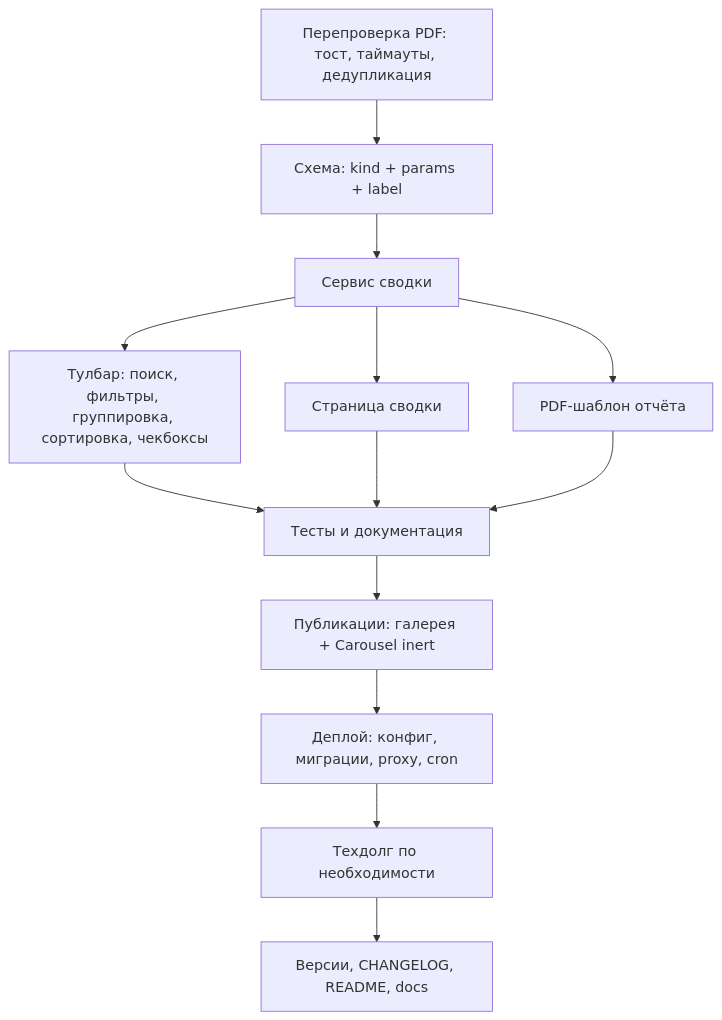
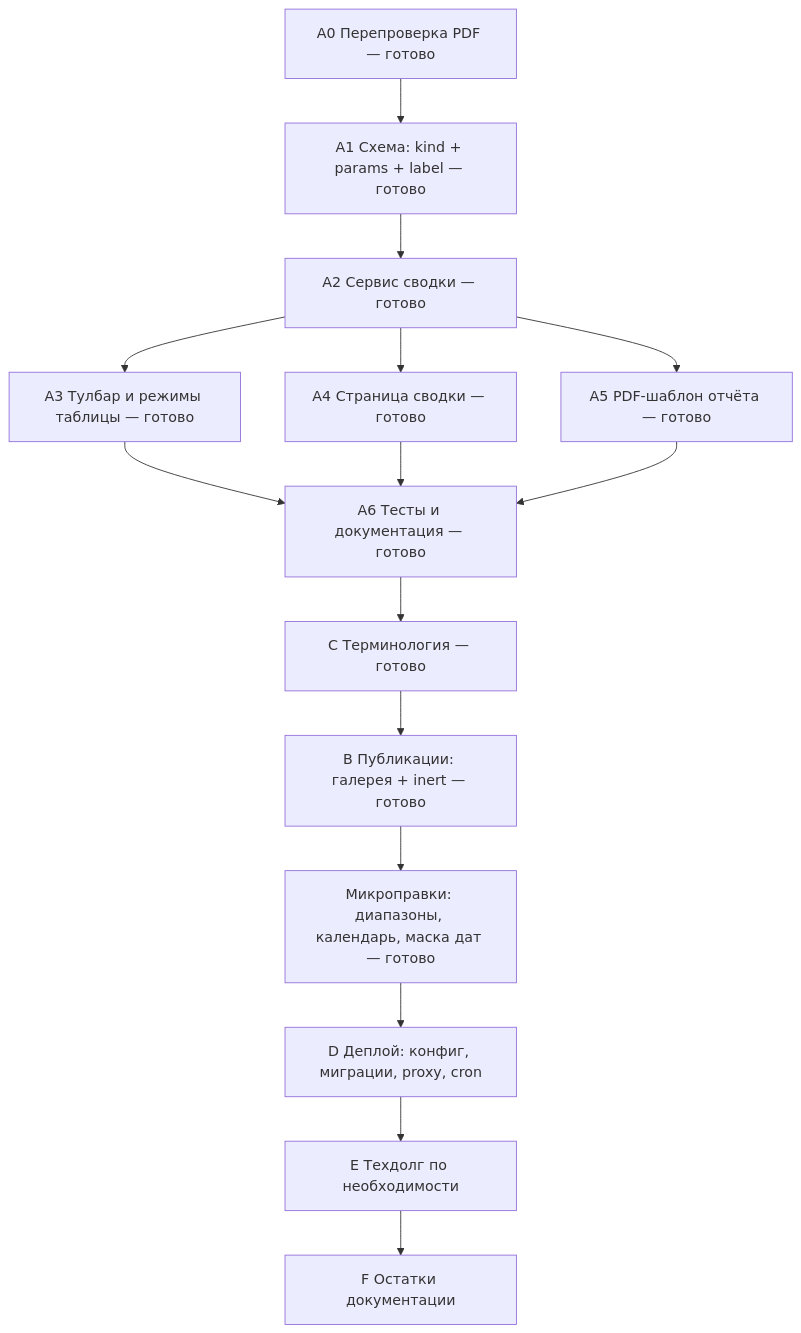
One commit to UselessNode/arbuz-crm changed the diagram in PLANS.md. Above: the diagram before and after it, drawn with Mermaid. The commit also changed other lines of this file and 4 other files, not shown here.

````diff
--- a/PLANS.md
+++ b/PLANS.md
@@ -249,15 +275,17 @@
 ```mermaid
 graph TD
-    A0[Перепроверка PDF: тост, таймауты, дедупликация] --> A1[Схема: kind + params + label]
-    A1 --> A2[Сервис сводки]
-    A2 --> A3[Тулбар: поиск, фильтры, группировка, сортировка, чекбоксы]
-    A2 --> A4[Страница сводки]
-    A2 --> A5[PDF-шаблон отчёта]
-    A3 --> A6[Тесты и документация]
+    A0[A0 Перепроверка PDF — готово] --> A1[A1 Схема: kind + params + label — готово]
+    A1 --> A2[A2 Сервис сводки — готово]
+    A2 --> A3[A3 Тулбар и режимы таблицы — готово]
+    A2 --> A4[A4 Страница сводки — готово]
+    A2 --> A5[A5 PDF-шаблон отчёта — готово]
+    A3 --> A6[A6 Тесты и документация — готово]
     A4 --> A6
     A5 --> A6
-    A6 --> B[Публикации: галерея + Carousel inert]
-    B --> D[Деплой: конфиг, миграции, proxy, cron]
-    D --> E[Техдолг по необходимости]
-    E --> F[Версии, CHANGELOG, README, docs]
+    A6 --> C[C Терминология — готово]
+    C --> B[B Публикации: галерея + inert — готово]
+    B --> M[Микроправки: диапазоны, календарь, маска дат — готово]
+    M --> D[D Деплой: конфиг, миграции, proxy, cron]
+    D --> E[E Техдолг по необходимости]
+    E --> F[F Остатки документации]
 ```
````
